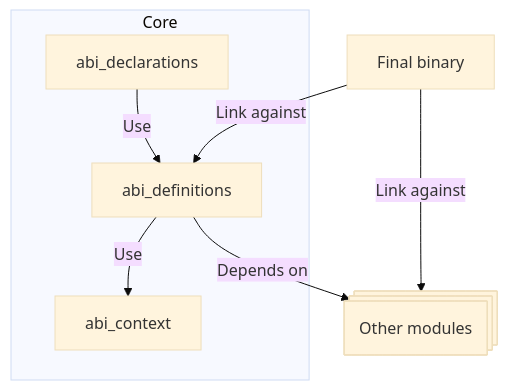
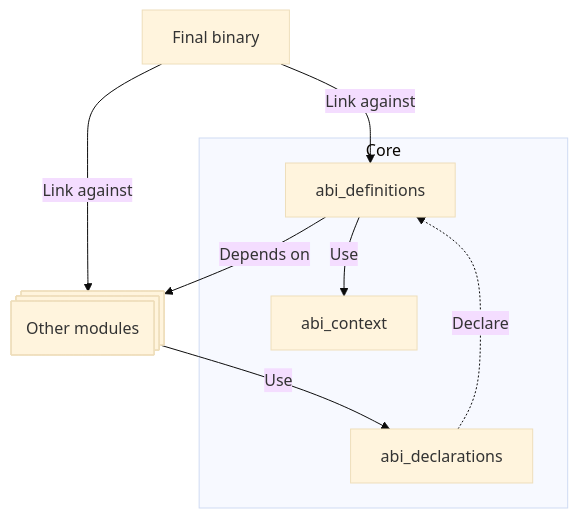
One commit to Xila-Project/Website changed the diagram in src/guide/architecture/modules/abi.md. Above: the diagram before and after it, drawn with Mermaid (base theme).

Commit message:
fix: update ABI module diagram for improved clarity in relationships

````diff
--- a/src/guide/architecture/modules/abi.md
+++ b/src/guide/architecture/modules/abi.md
@@ -45,17 +45,18 @@
 ```mermaid
 graph TD
     Binary[Final binary]
     Other_modules@{ shape: processes, label: "Other modules" }
 
     subgraph Core
         ABI_declarations[abi_declarations]
         ABI_definitions[abi_definitions]
         ABI_context[abi_context]
     end
 
     Binary -->|Link against| ABI_definitions
     Binary -->|Link against| Other_modules
     ABI_definitions -->|Use| ABI_context
-    ABI_declarations -->|Use| ABI_definitions
+    ABI_declarations -.->|Declare| ABI_definitions
+    Other_modules -->|Use| ABI_declarations
     ABI_definitions -->|Depends on| Other_modules
 ```
````
